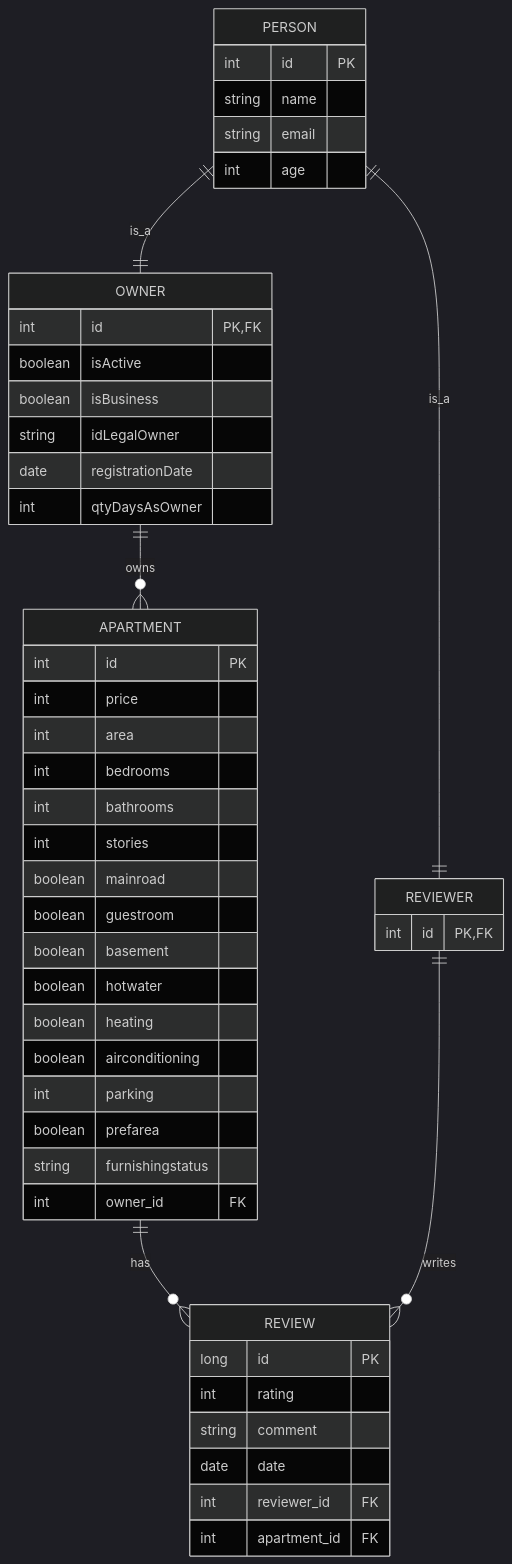
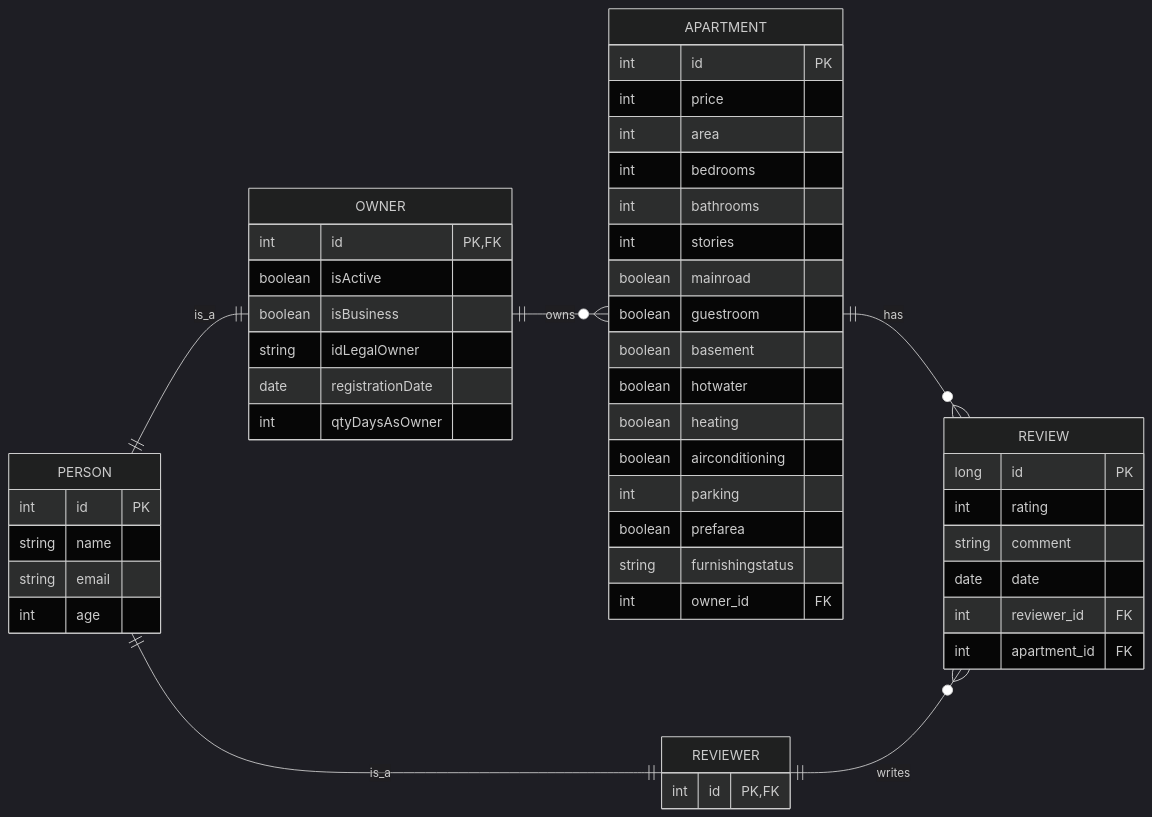
Before and after one commit to alexpjava/ApartmentPredictorAlpy: the diagram in docs/erdiagram.md, drawn with Mermaid (dark theme). The commit also changed 1 other file, not shown here.

Commit message:
Refactor documentation and ER - UML diagrams

````diff
--- a/docs/erdiagram.md
+++ b/docs/erdiagram.md
@@ -7,59 +7,57 @@
 ```mermaid
-
 erDiagram
-
+    direction LR
     PERSON {
-        int id PK
-        string name
-        string email
-        int age
+        int id PK ""
+        string name  ""
+        string email  ""
+        int age  ""
     }
 
     OWNER {
-        int id PK, FK
-        boolean isActive
-        boolean isBusiness
-        string idLegalOwner
-        date registrationDate
-        int qtyDaysAsOwner
+        int id PK,FK ""
+        boolean isActive  ""
+        boolean isBusiness  ""
+        string idLegalOwner  ""
+        date registrationDate  ""
+        int qtyDaysAsOwner  ""
     }
 
     REVIEWER {
-        int id PK, FK
+        int id PK,FK ""
     }
 
     APARTMENT {
-        int id PK
-        int price
-        int area
-        int bedrooms
-        int bathrooms
-        int stories
-        boolean mainroad
-        boolean guestroom
-        boolean basement
-        boolean hotwater
-        boolean heating
-        boolean airconditioning
-        int parking
-        boolean prefarea
-        string furnishingstatus
-        int owner_id FK
+        int id PK ""
+        int price  ""
+        int area  ""
+        int bedrooms  ""
+        int bathrooms  ""
+        int stories  ""
+        boolean mainroad  ""
+        boolean guestroom  ""
+        boolean basement  ""
+        boolean hotwater  ""
+        boolean heating  ""
+        boolean airconditioning  ""
+        int parking  ""
+        boolean prefarea  ""
+        string furnishingstatus  ""
+        int owner_id FK ""
     }
 
     REVIEW {
-        long id PK
-        int rating
-        string comment
-        date date
-        int reviewer_id FK
-        int apartment_id FK
+        long id PK ""
+        int rating  ""
+        string comment  ""
+        date date  ""
+        int reviewer_id FK ""
+        int apartment_id FK ""
     }
 
-    PERSON ||--|| OWNER : is_a
-    PERSON ||--|| REVIEWER : is_a
-
-    OWNER ||--o{ APARTMENT : "owns"
-    APARTMENT ||--o{ REVIEW : "has"
-    REVIEWER ||--o{ REVIEW : "writes"
+    PERSON||--||OWNER:"is_a"
+    PERSON||--||REVIEWER:"is_a"
+    OWNER||--o{APARTMENT:"owns"
+    APARTMENT||--o{REVIEW:"has"
+    REVIEWER||--o{REVIEW:"writes"
 ```
````
